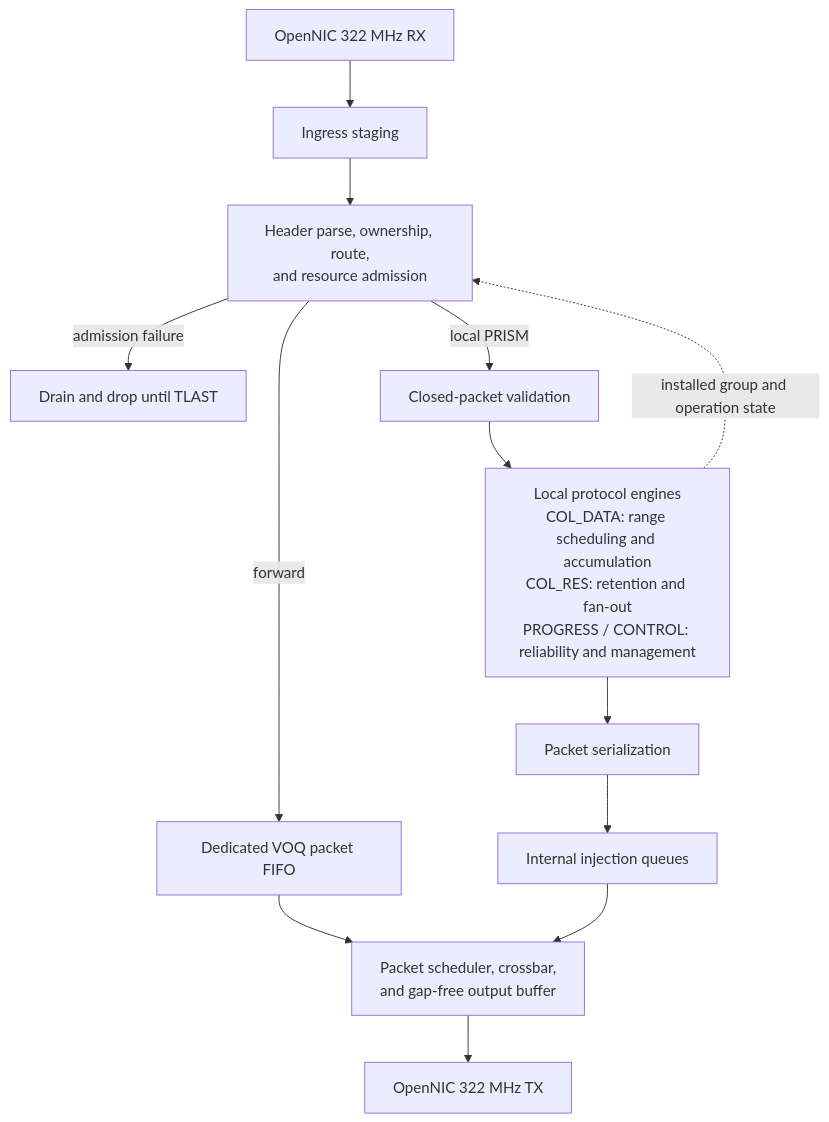
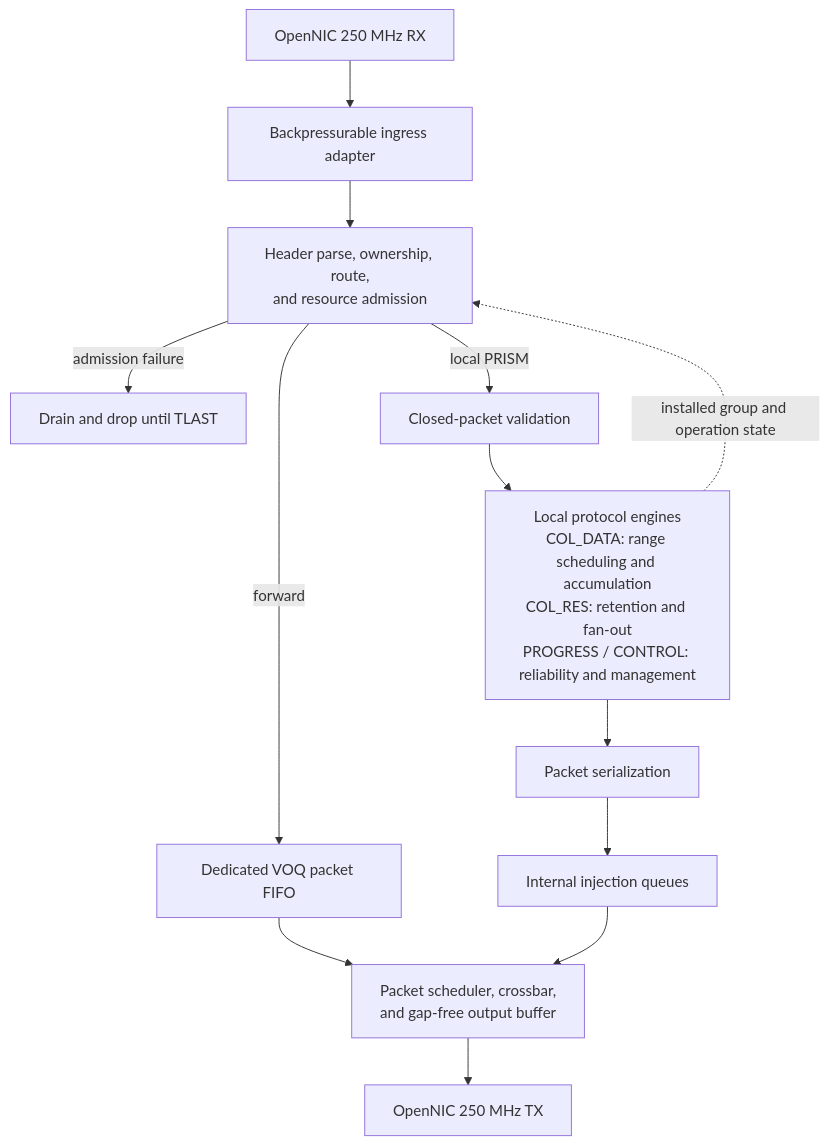
One commit to uniquadev/prism changed the diagram in docs/chapters/3-architecture/2.pipeline.md. Above: the diagram before and after it, drawn with Mermaid. The commit also changed other lines of this file and 11 other files, not shown here.

````diff
--- a/docs/chapters/3-architecture/2.pipeline.md
+++ b/docs/chapters/3-architecture/2.pipeline.md
@@ -92,18 +92,18 @@
 ```mermaid
 flowchart TB
-    RX["OpenNIC 322 MHz RX"] --> IB["Ingress staging"]
+    RX["OpenNIC 250 MHz RX"] --> IB["Backpressurable ingress adapter"]
     IB --> HC["Header parse, ownership, route,<br/>and resource admission"]
     HC -->|admission failure| DR["Drain and drop until TLAST"]
 
     HC -->|forward| FP["Dedicated VOQ packet FIFO"]
     FP --> SW["Packet scheduler, crossbar,<br/>and gap-free output buffer"]
 
     HC -->|local PRISM| PV["Closed-packet validation"]
     PV --> LE["Local protocol engines<br/>COL_DATA: range scheduling and accumulation<br/>COL_RES: retention and fan-out<br/>PROGRESS / CONTROL: reliability and management"]
     LE --> SER["Packet serialization"]
     SER --> IQ["Internal injection queues"]
     IQ --> SW
 
     LE -. installed group and operation state .-> HC
-    SW --> TX["OpenNIC 322 MHz TX"]
+    SW --> TX["OpenNIC 250 MHz TX"]
 ```
````
